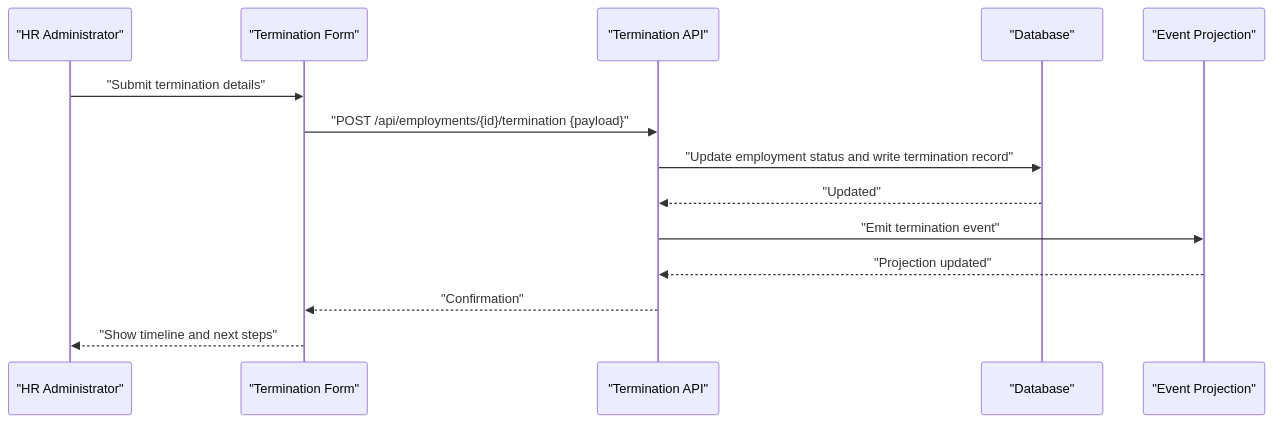
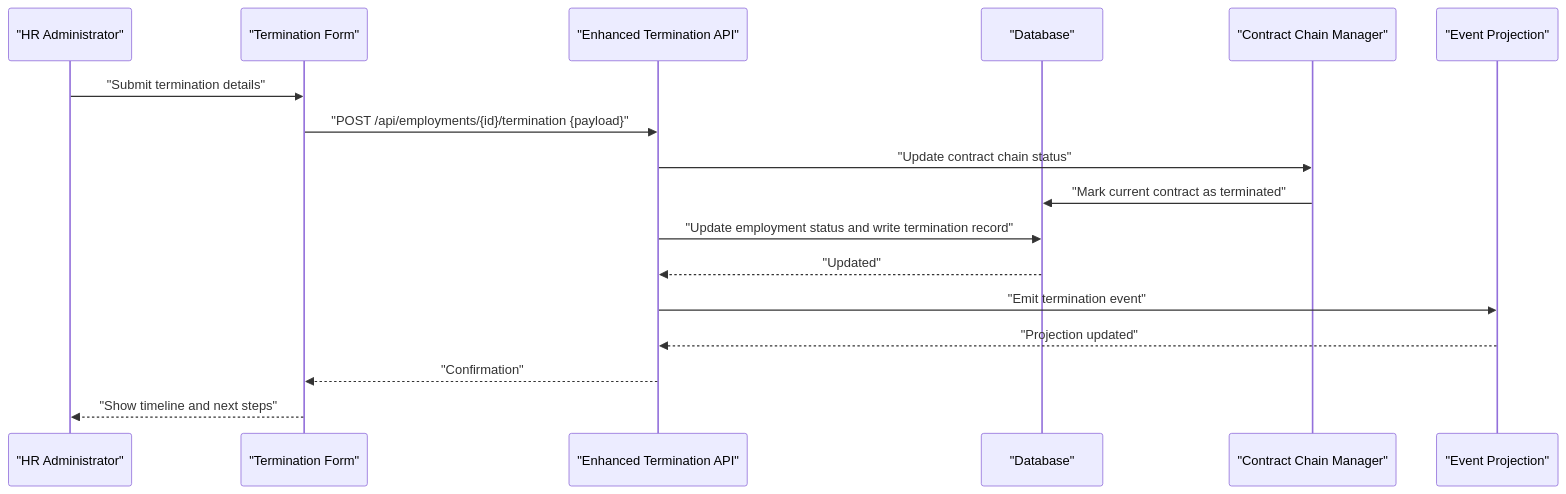
Before and after one commit to EdwinCycling/LiquidHR: the fifth of 9 diagrams in .qoder/repowiki/en/content/Architecture Overview/Backend Architecture/Business Logic Layer/Core HR Business Logic/Employment Lifecycle Services.md, drawn with Mermaid. The commit also changed other lines of this file and 73 other files, not shown here.

````diff
--- a/.qoder/repowiki/en/content/Architecture Overview/Backend Architecture/Business Logic Layer/Core HR Business Logic/Employment Lifecycle Services.md
+++ b/.qoder/repowiki/en/content/Architecture Overview/Backend Architecture/Business Logic Layer/Core HR Business Logic/Employment Lifecycle Services.md
@@ -259,16 +288,19 @@
 ```mermaid
 sequenceDiagram
 participant Admin as "HR Administrator"
 participant UI as "Termination Form"
-participant API as "Termination API"
+participant API as "Enhanced Termination API"
 participant DB as "Database"
+participant ContractChain as "Contract Chain Manager"
 participant Events as "Event Projection"
 Admin->>UI : "Submit termination details"
 UI->>API : "POST /api/employments/{id}/termination {payload}"
+API->>ContractChain : "Update contract chain status"
+ContractChain->>DB : "Mark current contract as terminated"
 API->>DB : "Update employment status and write termination record"
 DB-->>API : "Updated"
 API->>Events : "Emit termination event"
 Events-->>API : "Projection updated"
 API-->>UI : "Confirmation"
 UI-->>Admin : "Show timeline and next steps"
 ```
````
